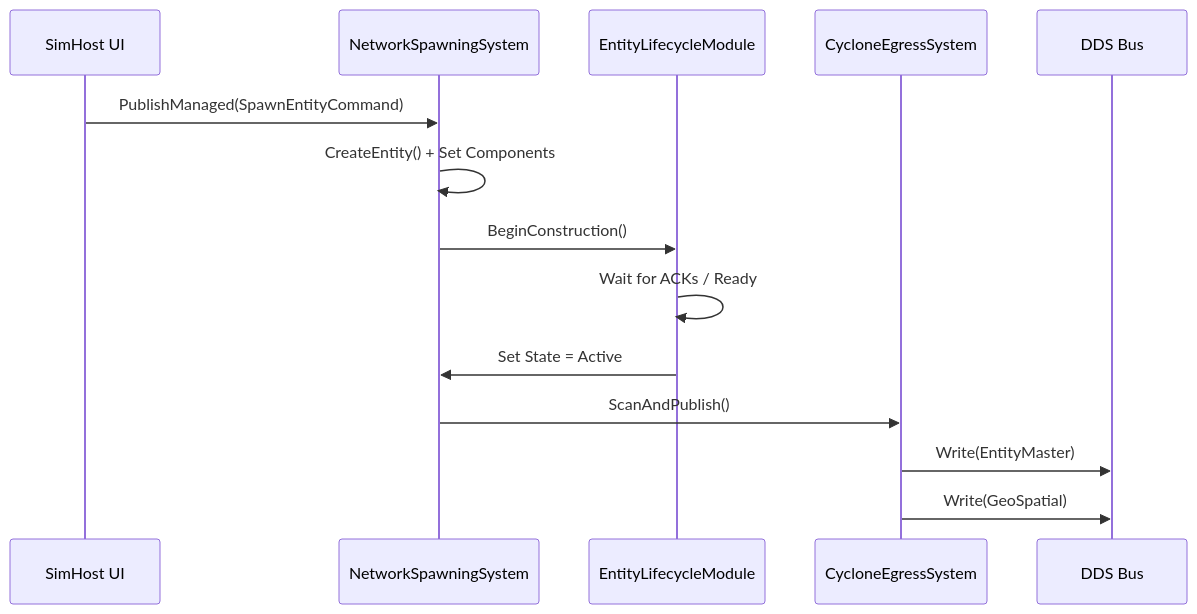
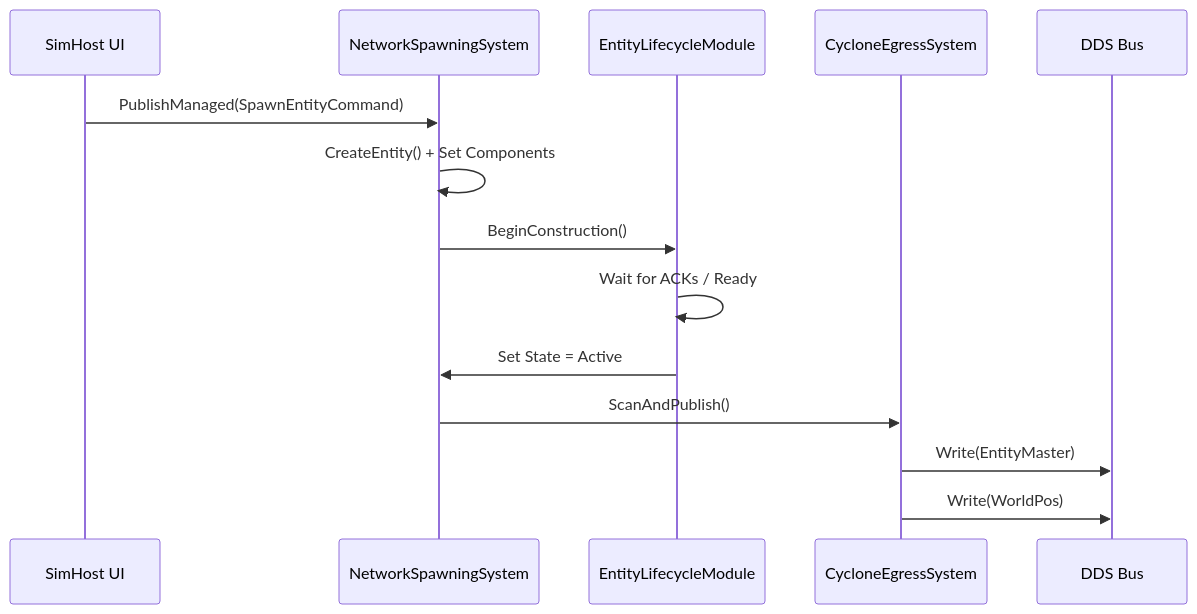
The first of 6 diagrams in .dev/others/DESIGN-Integration-Troubleshooting.md (pjanec/HROT), drawn with Mermaid before and after one commit. The commit also changed other lines of this file and 1539 other files, not shown here.

````diff
--- a/.dev/others/DESIGN-Integration-Troubleshooting.md
+++ b/.dev/others/DESIGN-Integration-Troubleshooting.md
@@ -228,17 +228,17 @@
 ```mermaid
 sequenceDiagram
     participant UI as SimHost UI
     participant ECS as NetworkSpawningSystem
     participant ELM as EntityLifecycleModule
     participant Egress as CycloneEgressSystem
     participant DDS as DDS Bus
 
     UI->>ECS: PublishManaged(SpawnEntityCommand)
     ECS->>ECS: CreateEntity() + Set Components
     ECS->>ELM: BeginConstruction()
     ELM->>ELM: Wait for ACKs / Ready
     ELM->>ECS: Set State = Active
     ECS->>Egress: ScanAndPublish()
     Egress->>DDS: Write(EntityMaster)
-    Egress->>DDS: Write(GeoSpatial)
+    Egress->>DDS: Write(WorldPos)
 ```
````
